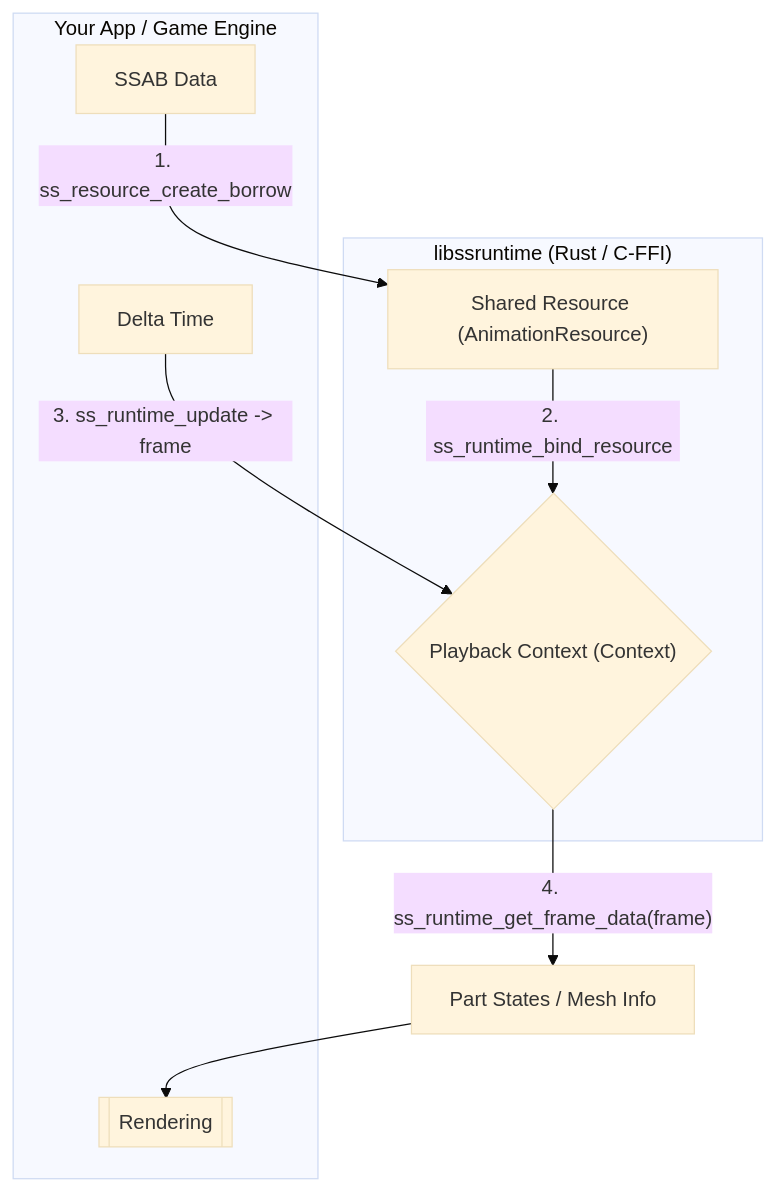
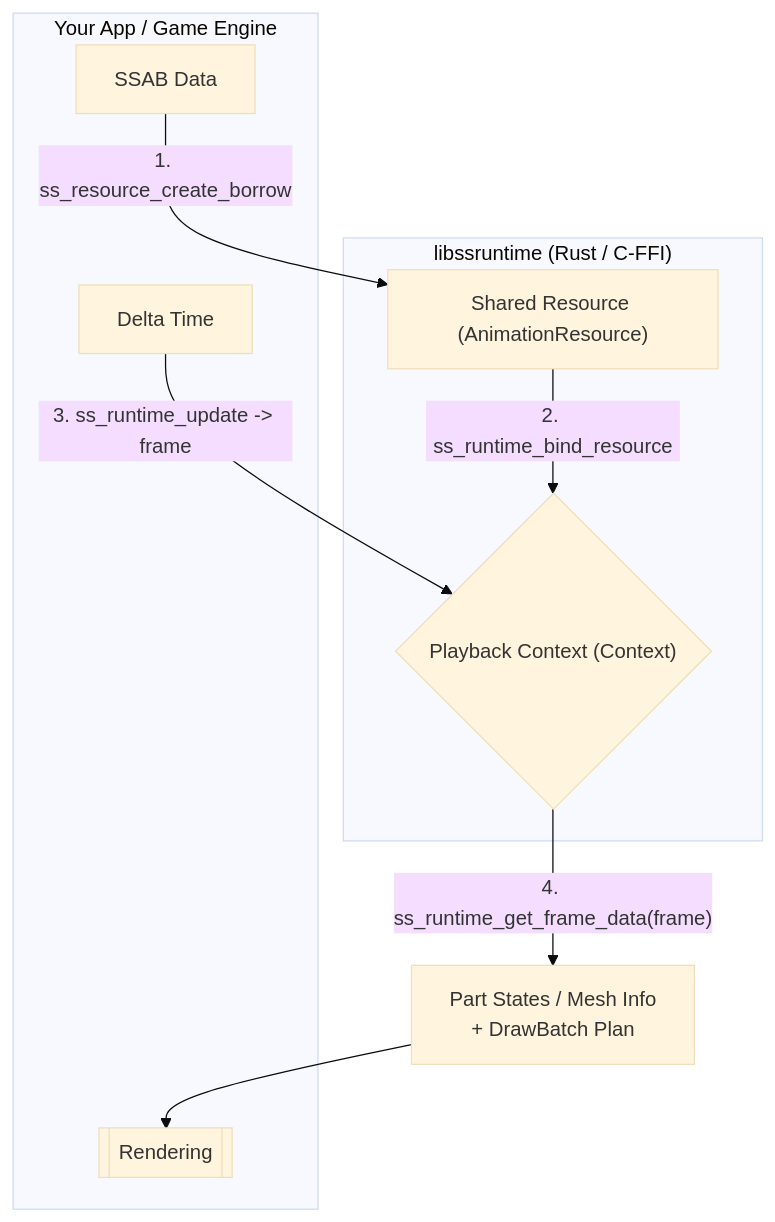
The diagram in libs/ssruntime/README.md (cri-middleware/SpriteStudio-SDK), drawn with Mermaid (base theme) before and after one commit. The commit also changed other lines of this file and 5 other files, not shown here.

````diff
--- a/libs/ssruntime/README.md
+++ b/libs/ssruntime/README.md
@@ -56,19 +58,19 @@
 ```mermaid
 graph TD
     subgraph App ["Your App / Game Engine"]
         RAW[" SSAB Data "]
         DT[" Delta Time "]
         DRAW[[" Rendering "]]
     end
 
     subgraph SSRuntime ["libssruntime (Rust / C-FFI)"]
         RES[" Shared Resource (AnimationResource) "]
         CTX{" Playback Context (Context) "}
     end
 
     RAW -->|1. ss_resource_create_borrow| RES
     RES -->|2. ss_runtime_bind_resource| CTX
     DT -->|"3. ss_runtime_update -> frame"| CTX
-    CTX -->|"4. ss_runtime_get_frame_data(frame)"| STATE[" Part States / Mesh Info "]
+    CTX -->|"4. ss_runtime_get_frame_data(frame)"| STATE[" Part States / Mesh Info<br/>+ DrawBatch Plan "]
     STATE --> DRAW
 ```
````
